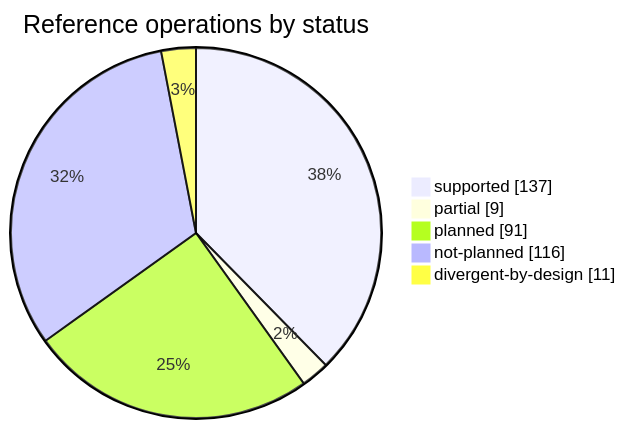
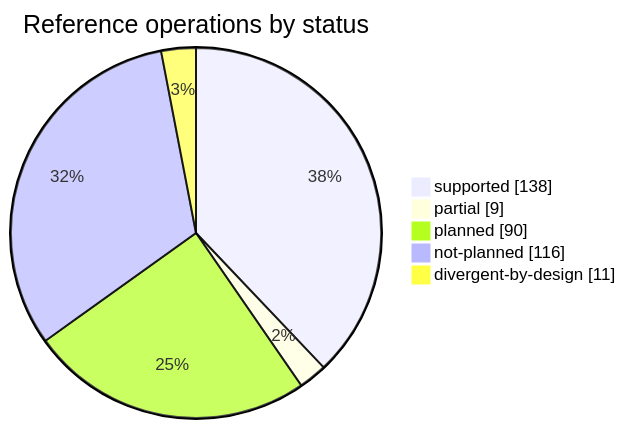
The first of 2 diagrams in docs/COVERAGE.md (rafaelvieiras/tinyfin), drawn with Mermaid before and after one commit. The commit also changed other lines of this file and 22 other files, not shown here.

````diff
--- a/docs/COVERAGE.md
+++ b/docs/COVERAGE.md
@@ -32,8 +32,8 @@
 ```mermaid
 pie showData title Reference operations by status
-    "supported" : 137
+    "supported" : 138
     "partial" : 9
-    "planned" : 91
+    "planned" : 90
     "not-planned" : 116
     "divergent-by-design" : 11
 ```
````
